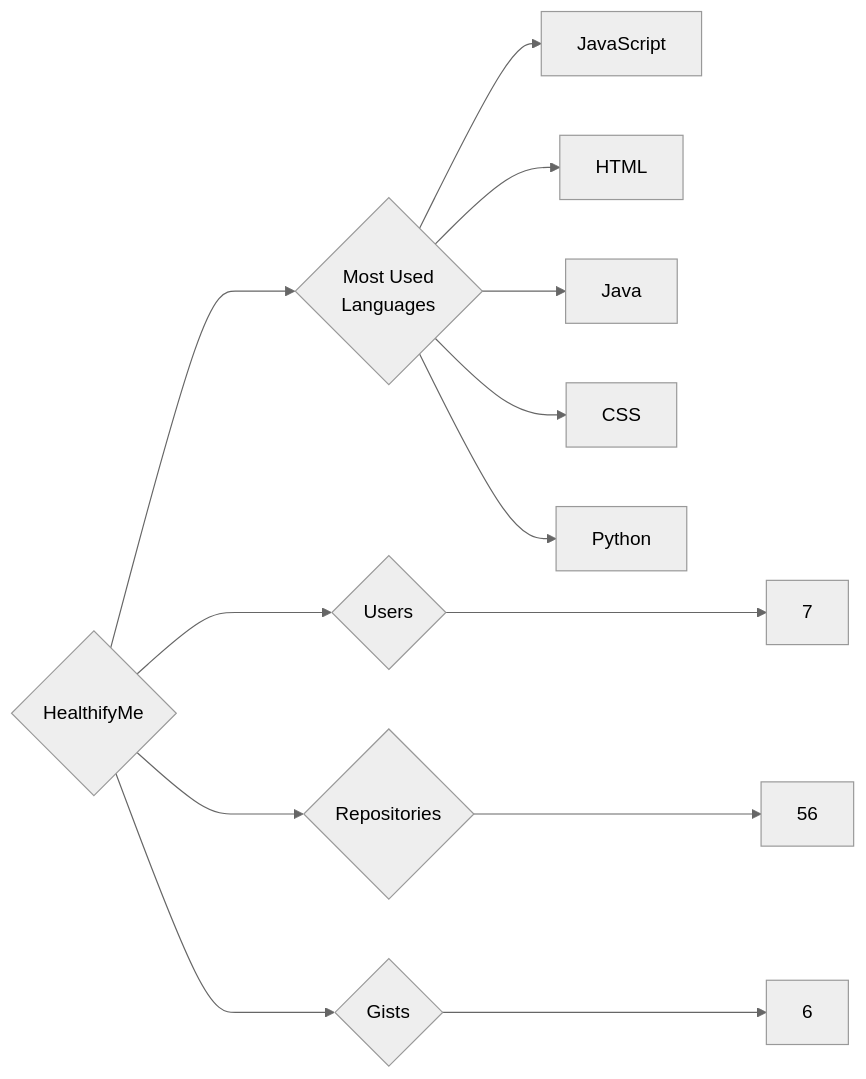
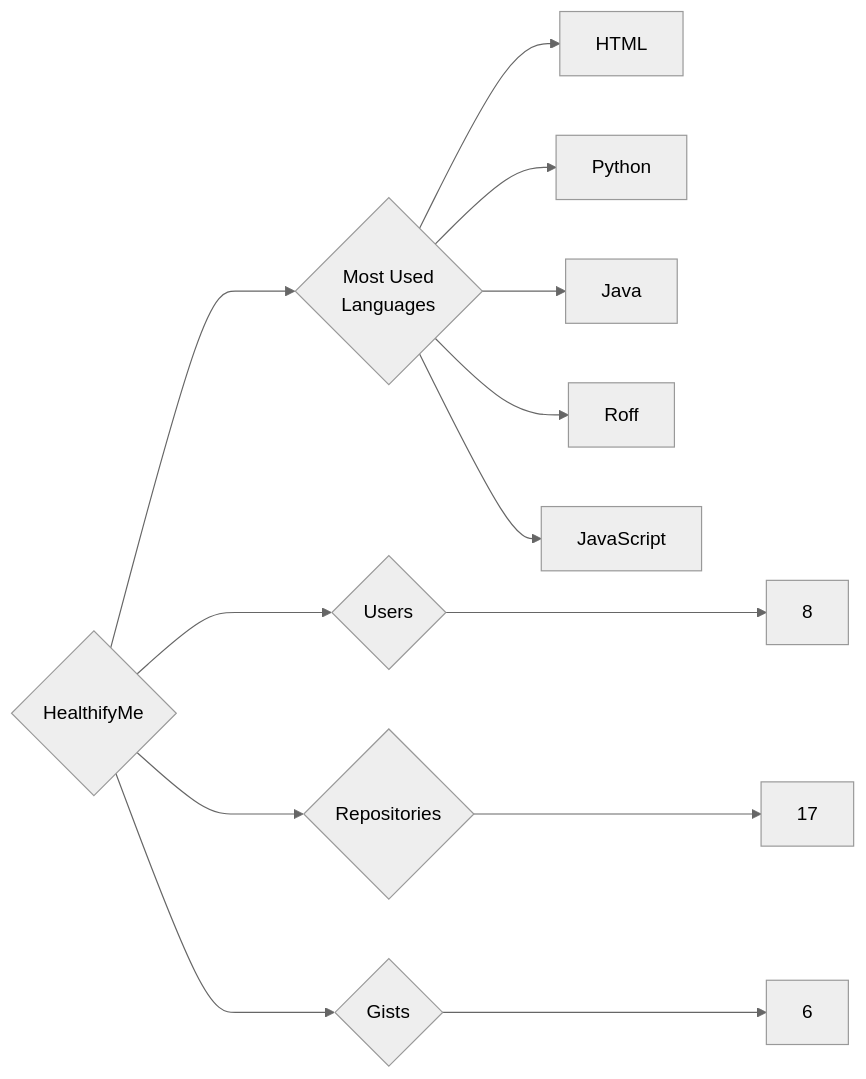
The diagram in targets/HealthifyMe/README.md (trickest/insiders), drawn with Mermaid (neutral theme) before and after one commit. The commit also changed 1314 other files, not shown here.

````diff
--- a/targets/HealthifyMe/README.md
+++ b/targets/HealthifyMe/README.md
@@ -3,13 +3,13 @@
 ```mermaid
 graph LR
 COMPANY_NAME{HealthifyMe}
-COMPANY_NAME ---> U{Users} ---> UN[7]
-COMPANY_NAME ---> R{Repositories} ---> RN[56]
+COMPANY_NAME ---> U{Users} ---> UN[8]
+COMPANY_NAME ---> R{Repositories} ---> RN[17]
 COMPANY_NAME ---> G{Gists} ---> GN[6]
 COMPANY_NAME ---> ML{Most Used<br>Languages}
+ML --> HTML[HTML]
+ML --> Python[Python]
+ML --> Java[Java]
+ML --> Roff[Roff]
 ML --> JavaScript[JavaScript]
-ML --> HTML[HTML]
-ML --> Java[Java]
-ML --> CSS[CSS]
-ML --> Python[Python]
 ```
````
